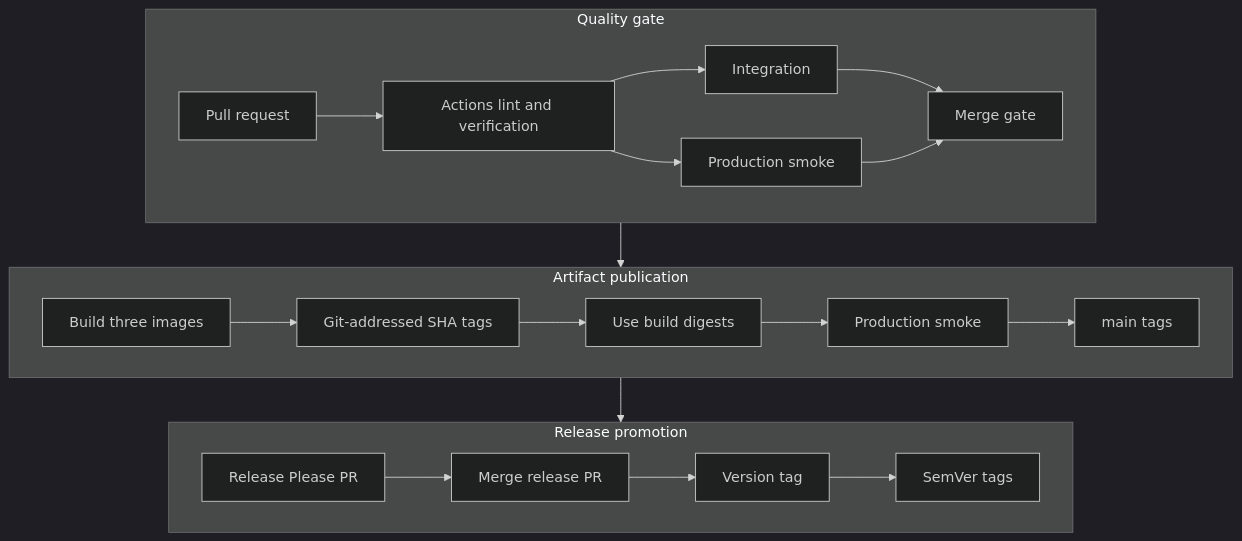
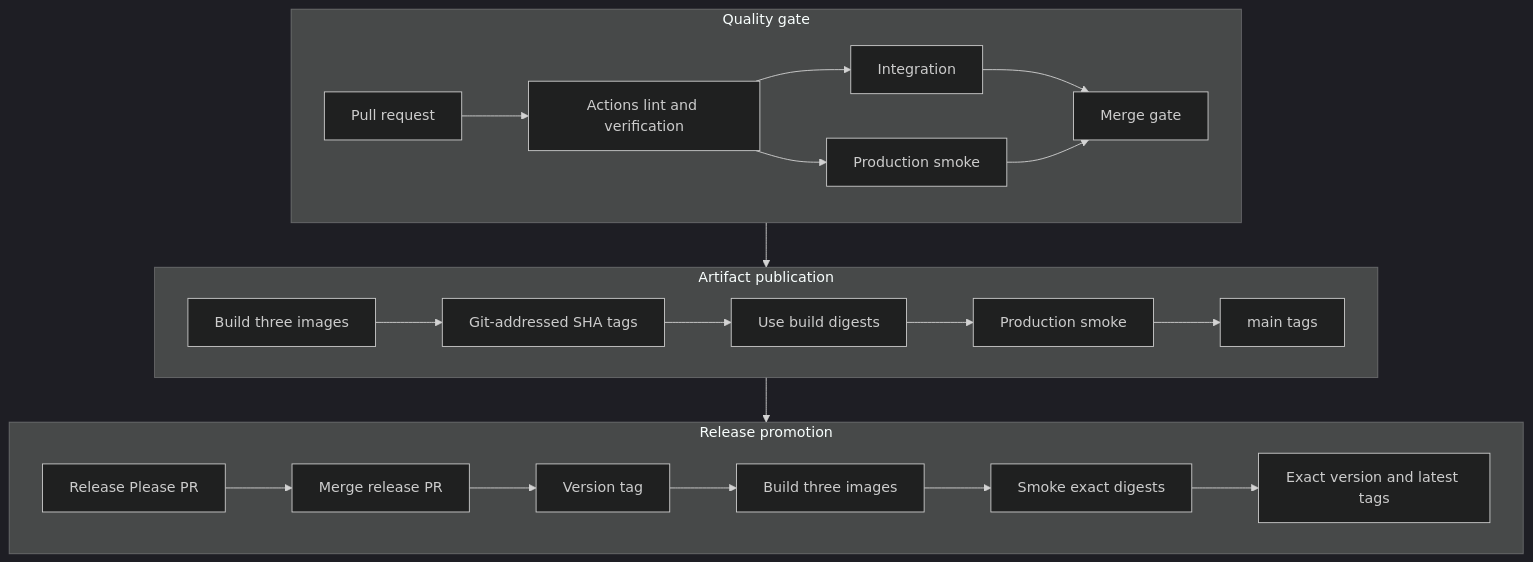
Before and after one commit to jakobzagar/Fit-Track: the diagram in docs/release-process.md, drawn with Mermaid (dark theme). The commit also changed other lines of this file and 9 other files, not shown here.

````diff
--- a/docs/release-process.md
+++ b/docs/release-process.md
@@ -13,29 +13,31 @@
 ```mermaid
 flowchart TB
     subgraph Quality[Quality gate]
         direction LR
         PR[Pull request] --> Checks[Actions lint and verification]
         Checks --> Integration[Integration]
         Checks --> SourceSmoke[Production smoke]
         Integration --> Gate[Merge gate]
         SourceSmoke --> Gate
     end
 
     subgraph Artifacts[Artifact publication]
         direction LR
         Build[Build three images] --> Sha[Git-addressed SHA tags]
         Sha --> Digest[Use build digests]
         Digest --> Smoke[Production smoke]
         Smoke --> Main[main tags]
     end
 
     subgraph Release[Release promotion]
         direction LR
         ReleasePR[Release Please PR] --> Merge[Merge release PR]
         Merge --> Tag[Version tag]
-        Tag --> SemVer[SemVer tags]
+        Tag --> ReleaseBuild[Build three images]
+        ReleaseBuild --> ReleaseSmoke[Smoke exact digests]
+        ReleaseSmoke --> ReleaseTags[Exact version and latest tags]
     end
 
     Gate --> Build
     Main --> ReleasePR
 ```
````
